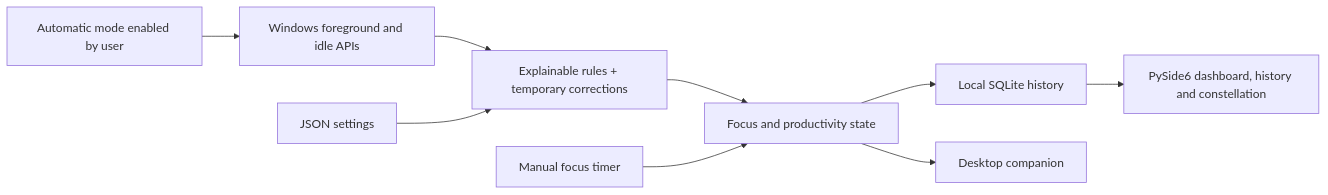
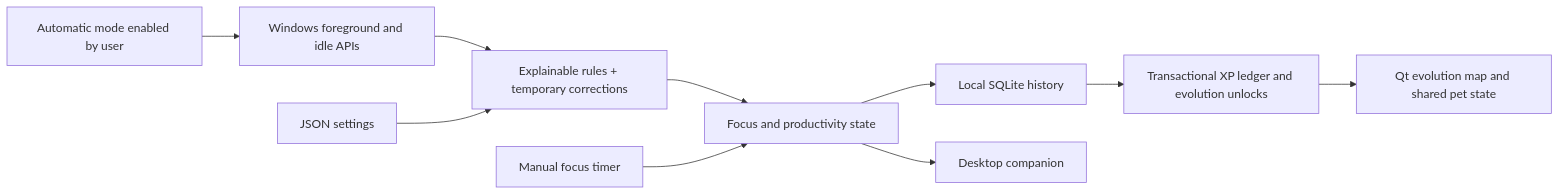
Before and after one commit to yashwant938/MoodPet: the diagram in README.md, drawn with Mermaid. The commit also changed other lines of this file and 10 other files, not shown here.

````diff
--- a/README.md
+++ b/README.md
@@ -11,11 +11,12 @@
 ```mermaid
 flowchart LR
     Consent[Automatic mode enabled by user] --> Win[Windows foreground and idle APIs]
     Win --> Track[Explainable rules + temporary corrections]
     Track --> Focus[Focus and productivity state]
     Timer[Manual focus timer] --> Focus
     Focus --> DB[Local SQLite history]
-    DB --> UI[PySide6 dashboard, history and constellation]
+    DB --> Rewards[Transactional XP ledger and evolution unlocks]
+    Rewards --> UI[Qt evolution map and shared pet state]
     Focus --> Pet[Desktop companion]
     Config[JSON settings] --> Track
 ```
````
